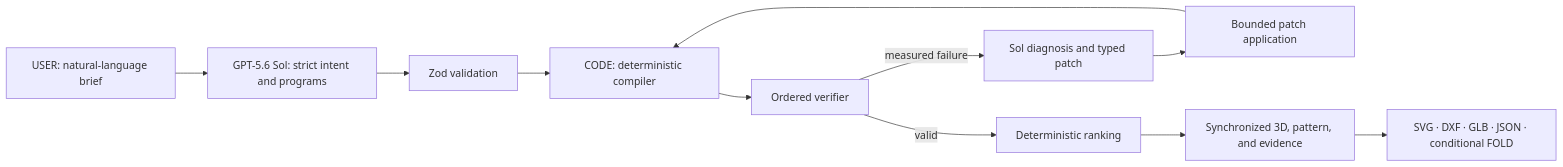
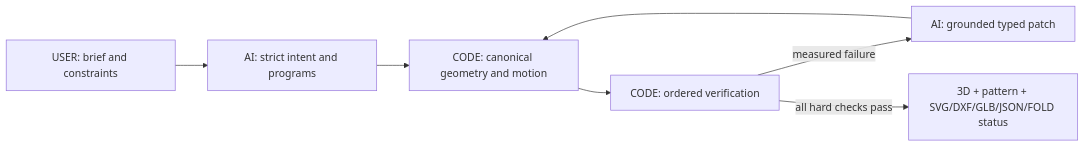
The diagram in README.md (BhavyaAk25/FoldForge), drawn with Mermaid before and after one commit. The commit also changed other lines of this file and 19 other files, not shown here.

````diff
--- a/README.md
+++ b/README.md
@@ -36,13 +34,9 @@
 ```mermaid
 flowchart LR
-    U["USER: natural-language brief"] --> S["GPT-5.6 Sol: strict intent and programs"]
-    S --> Z["Zod validation"]
-    Z --> C["CODE: deterministic compiler"]
-    C --> V["Ordered verifier"]
-    V -->|measured failure| R["Sol diagnosis and typed patch"]
-    R --> P["Bounded patch application"]
-    P --> C
-    V -->|valid| K["Deterministic ranking"]
-    K --> W["Synchronized 3D, pattern, and evidence"]
-    W --> E["SVG · DXF · GLB · JSON · conditional FOLD"]
+    U["USER: brief and constraints"] --> A["AI: strict intent and programs"]
+    A --> C["CODE: canonical geometry and motion"]
+    C --> V["CODE: ordered verification"]
+    V -->|measured failure| R["AI: grounded typed patch"]
+    R --> C
+    V -->|all hard checks pass| X["3D + pattern + SVG/DXF/GLB/JSON/FOLD status"]
 ```
````
